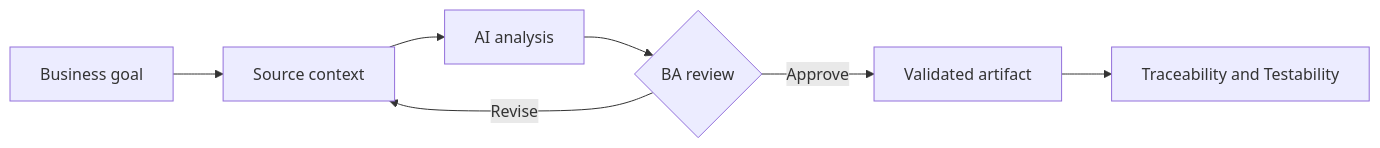
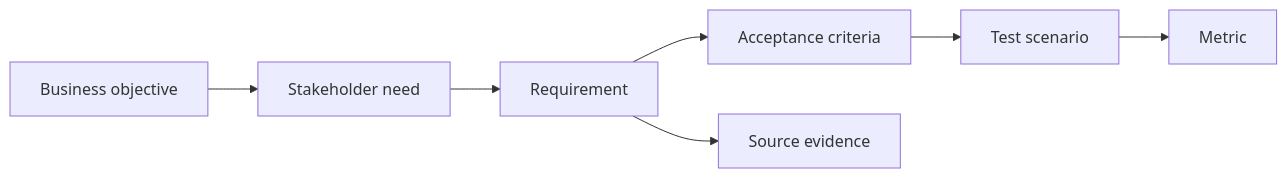
One commit to anhtnt90dev/ai-for-ba changed the diagram in docs/en/lessons/traceability-and-testability/index.md. Above: the diagram before and after it, drawn with Mermaid. The commit also changed other lines of this file and 64 other files, not shown here.

````diff
--- a/docs/en/lessons/traceability-and-testability/index.md
+++ b/docs/en/lessons/traceability-and-testability/index.md
@@ -39,9 +38,9 @@
 ```mermaid
 flowchart LR
-    A["Business goal"] --> B["Source context"]
-    B --> C["AI analysis"]
-    C --> D{"BA review"}
-    D -->|"Revise"| B
-    D -->|"Approve"| E["Validated artifact"]
-    E --> F["Traceability and Testability"]
+    A["Business objective"] --> B["Stakeholder need"]
+    B --> C["Requirement"]
+    C --> D["Acceptance criteria"]
+    D --> E["Test scenario"]
+    E --> F["Metric"]
+    C --> G["Source evidence"]
 ```
````
